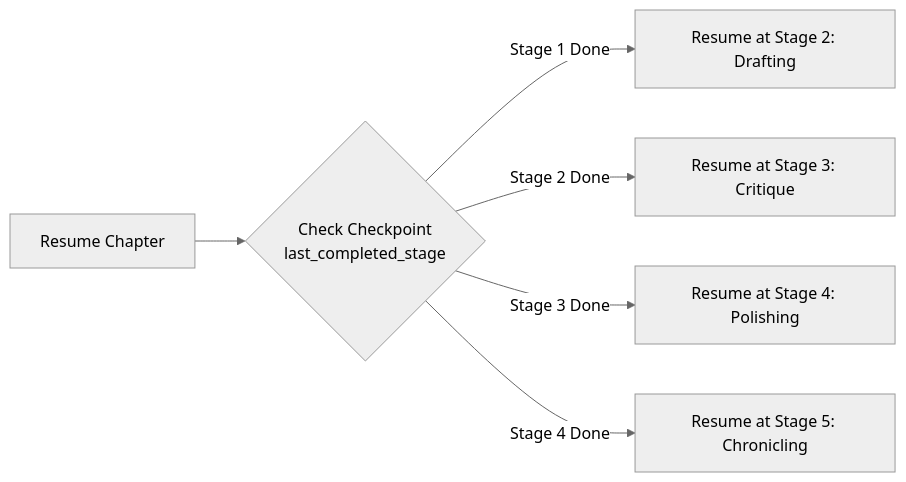
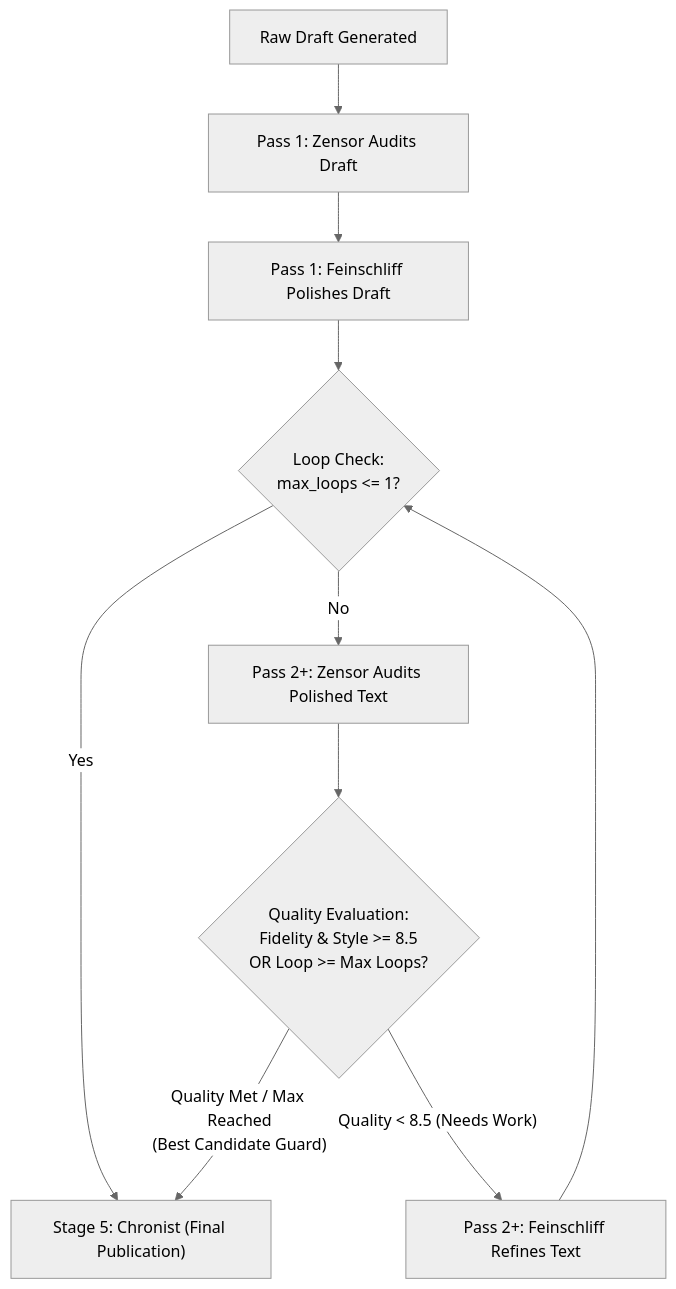
One commit to Checkmartyr/NouSetsu changed the second of 2 diagrams in doc/workflow.md. Above: the diagram before and after it, drawn with Mermaid (neutral theme). The commit also changed other lines of this file and 1 other file, not shown here.

````diff
--- a/doc/workflow.md
+++ b/doc/workflow.md
@@ -170,8 +253,14 @@
 ```mermaid
-flowchart LR
-    Start["Resume Chapter"] --> Chk{"Check Checkpoint<br/>last_completed_stage"}
-    Chk -- Stage 1 Done --> Draft["Resume at Stage 2: Drafting"]
-    Chk -- Stage 2 Done --> Critique["Resume at Stage 3: Critique"]
-    Chk -- Stage 3 Done --> Polish["Resume at Stage 4: Polishing"]
-    Chk -- Stage 4 Done --> Chronicle["Resume at Stage 5: Chronicling"]
+flowchart TD
+    Draft["Raw Draft Generated"] --> Critique1["Pass 1: Zensor Audits Draft"]
+    Critique1 --> Polish1["Pass 1: Feinschliff Polishes Draft"]
+    
+    Polish1 --> RoutePolish{"Loop Check:\nmax_loops <= 1?"}
+    RoutePolish -- Yes --> Chronicle["Stage 5: Chronist (Final Publication)"]
+    RoutePolish -- No --> Critique2["Pass 2+: Zensor Audits Polished Text"]
+    
+    Critique2 --> CheckScore{"Quality Evaluation:\nFidelity & Style >= 8.5\nOR Loop >= Max Loops?"}
+    CheckScore -- "Quality Met / Max Reached\n(Best Candidate Guard)" --> Chronicle
+    CheckScore -- "Quality < 8.5 (Needs Work)" --> Polish2["Pass 2+: Feinschliff Refines Text"]
+    Polish2 --> RoutePolish
 ```
````
